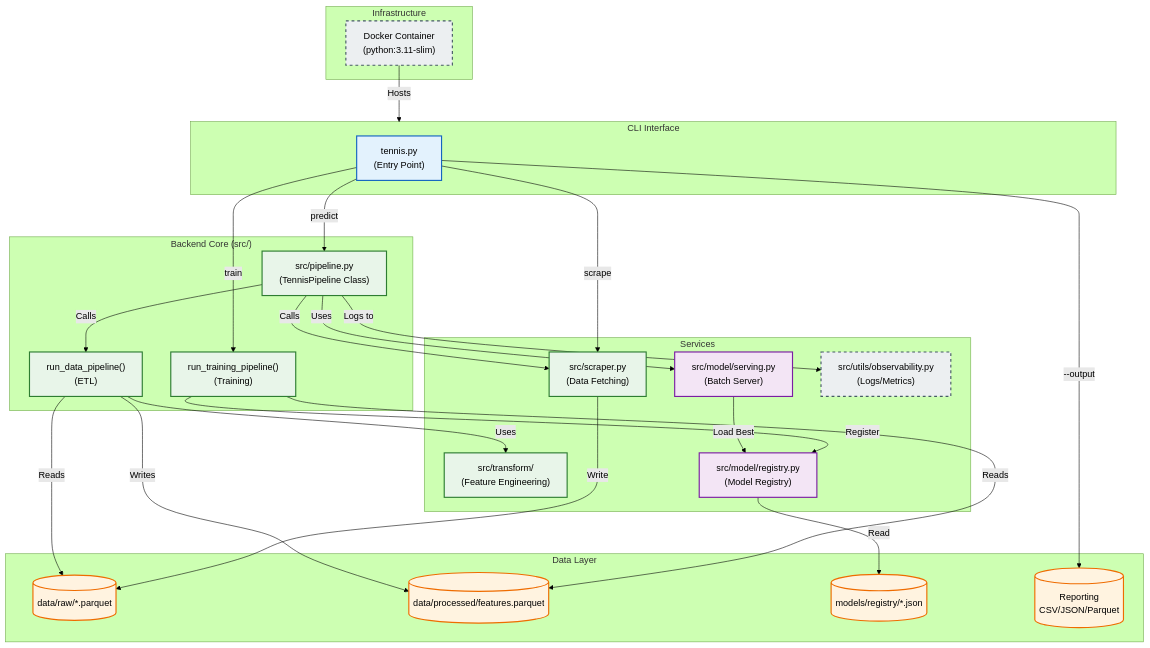
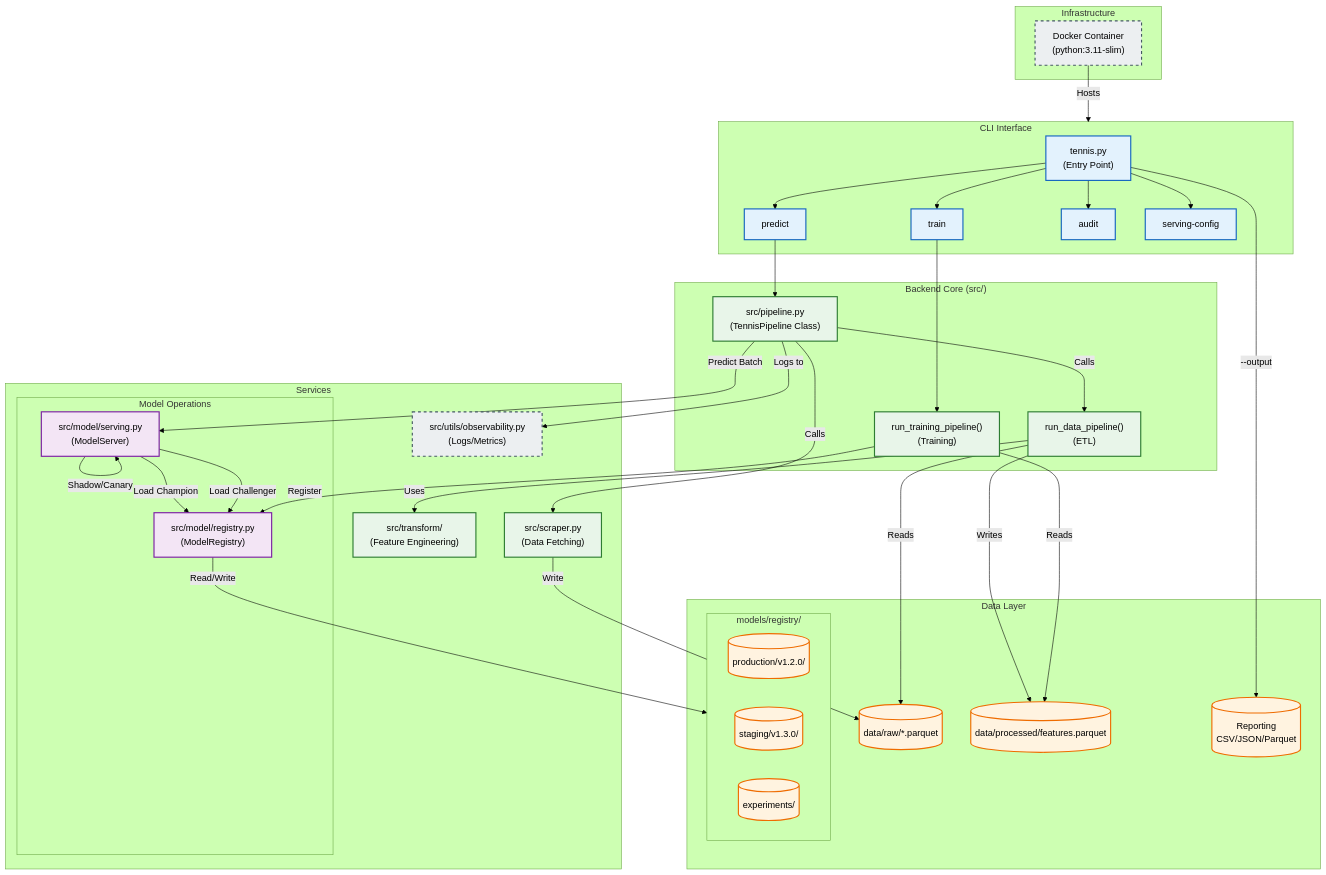
The diagram in docs/architecture.md (Carlscamt/Tennis_ML_Lite), drawn with Mermaid (forest theme) before and after one commit. The commit also changed other lines of this file, not shown here.

Commit message:
docs: update system architecture diagram and module responsibilities

```diff
--- a/docs/architecture.md
+++ b/docs/architecture.md
@@ -19,6 +19,10 @@
     %% --- INTERFACE ---
     subgraph CLI ["CLI Interface"]
         TennisCLI["tennis.py<br/>(Entry Point)"]:::ui
+        CmdTrain["train"]:::ui
+        CmdPredict["predict"]:::ui
+        CmdAudit["audit"]:::ui
+        CmdServe["serving-config"]:::ui
     end
 
     %% --- BACKEND ORCHESTRATION ---
@@ -32,8 +36,12 @@
     subgraph Services ["Services"]
         Scraper["src/scraper.py<br/>(Data Fetching)"]:::logic
         FeatEng["src/transform/<br/>(Feature Engineering)"]:::logic
-        registry["src/model/registry.py<br/>(Model Registry)"]:::model
-        server["src/model/serving.py<br/>(Batch Server)"]:::model
+        
+        subgraph ModelOps ["Model Operations"]
+            registry["src/model/registry.py<br/>(ModelRegistry)"]:::model
+            server["src/model/serving.py<br/>(ModelServer)"]:::model
+        end
+        
         obs["src/utils/observability.py<br/>(Logs/Metrics)"]:::infra
     end
 
@@ -41,26 +49,40 @@
     subgraph Storage ["Data Layer"]
         RawData[("data/raw/*.parquet")]:::data
         ProcData[("data/processed/features.parquet")]:::data
-        ModelFile[("models/registry/*.json")]:::data
+        
+        subgraph RegistryStore ["models/registry/"]
+            ProdModel[("production/v1.2.0/")]:::data
+            StageModel[("staging/v1.3.0/")]:::data
+            ExpModel[("experiments/")]:::data
+        end
+        
         Outputs[("Reporting<br/>CSV/JSON/Parquet")]:::data
     end
 
     %% --- FLOWS ---
     Docker -- "Hosts" --> CLI
     
-    TennisCLI --> |"predict"| Pipeline
-    TennisCLI --> |"scrape"| Scraper
-    TennisCLI --> |"train"| TrainPipe
+    TennisCLI --> CmdPredict
+    TennisCLI --> CmdTrain
+    TennisCLI --> CmdAudit
+    TennisCLI --> CmdServe
+    
+    CmdPredict --> Pipeline
+    CmdTrain --> TrainPipe
     
     %% Internal Flows
     Pipeline --> |"Calls"| Scraper
     Pipeline --> |"Calls"| DataPipe
-    Pipeline --> |"Uses"| server
+    Pipeline --> |"Predict Batch"| server
     Pipeline --> |"Logs to"| obs
     
-    server --> |"Load Best"| registry
-    registry --> |"Read"| ModelFile
-
+    %% Model Serving Logic
+    server --> |"Load Champion"| registry
+    server --> |"Load Challenger"| registry
+    server --> |"Shadow/Canary"| server
+    
+    registry --> |"Read/Write"| RegistryStore
+    
     DataPipe --> |"Reads"| RawData
     DataPipe --> |"Uses"| FeatEng
     DataPipe --> |"Writes"| ProcData
```
